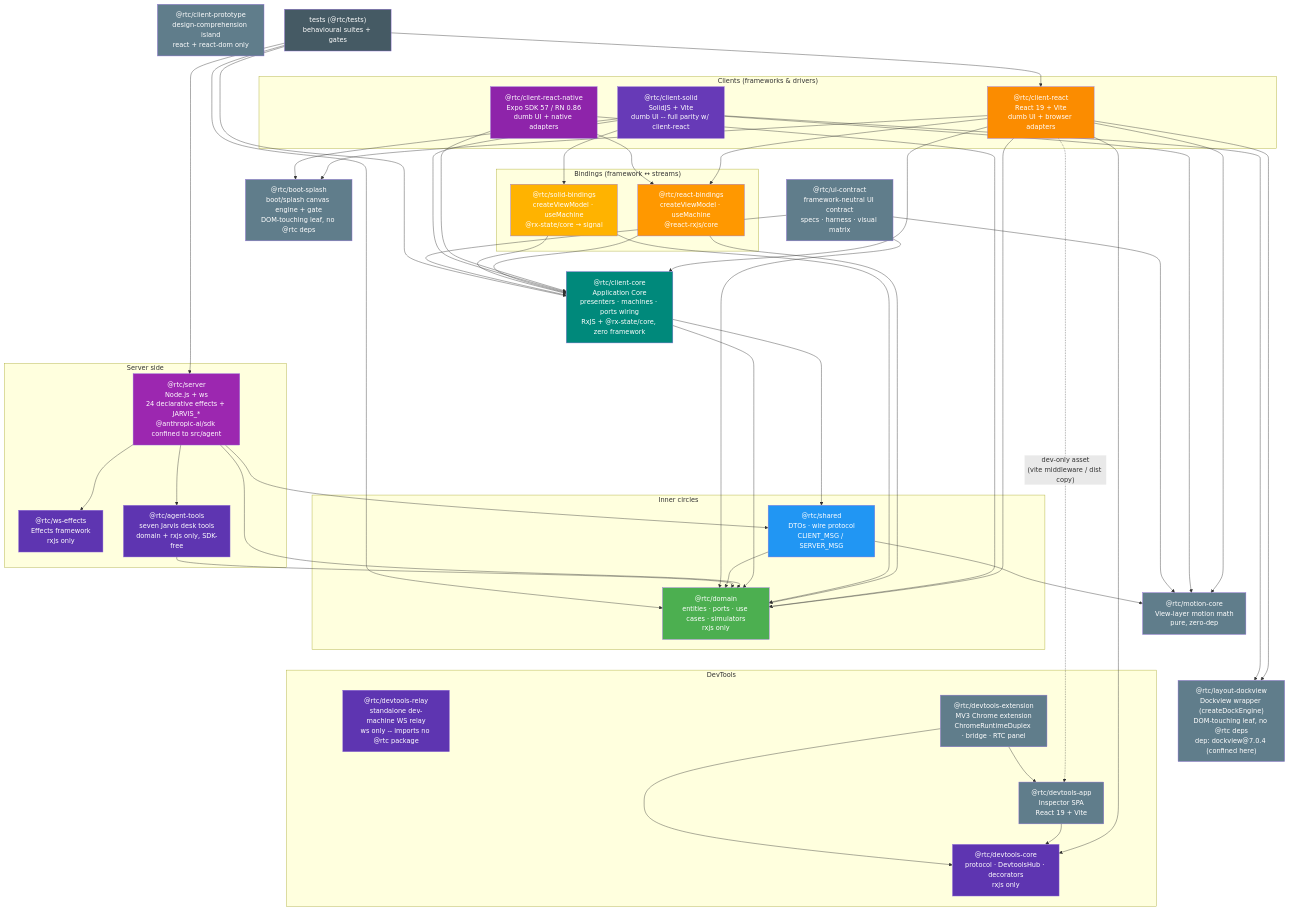
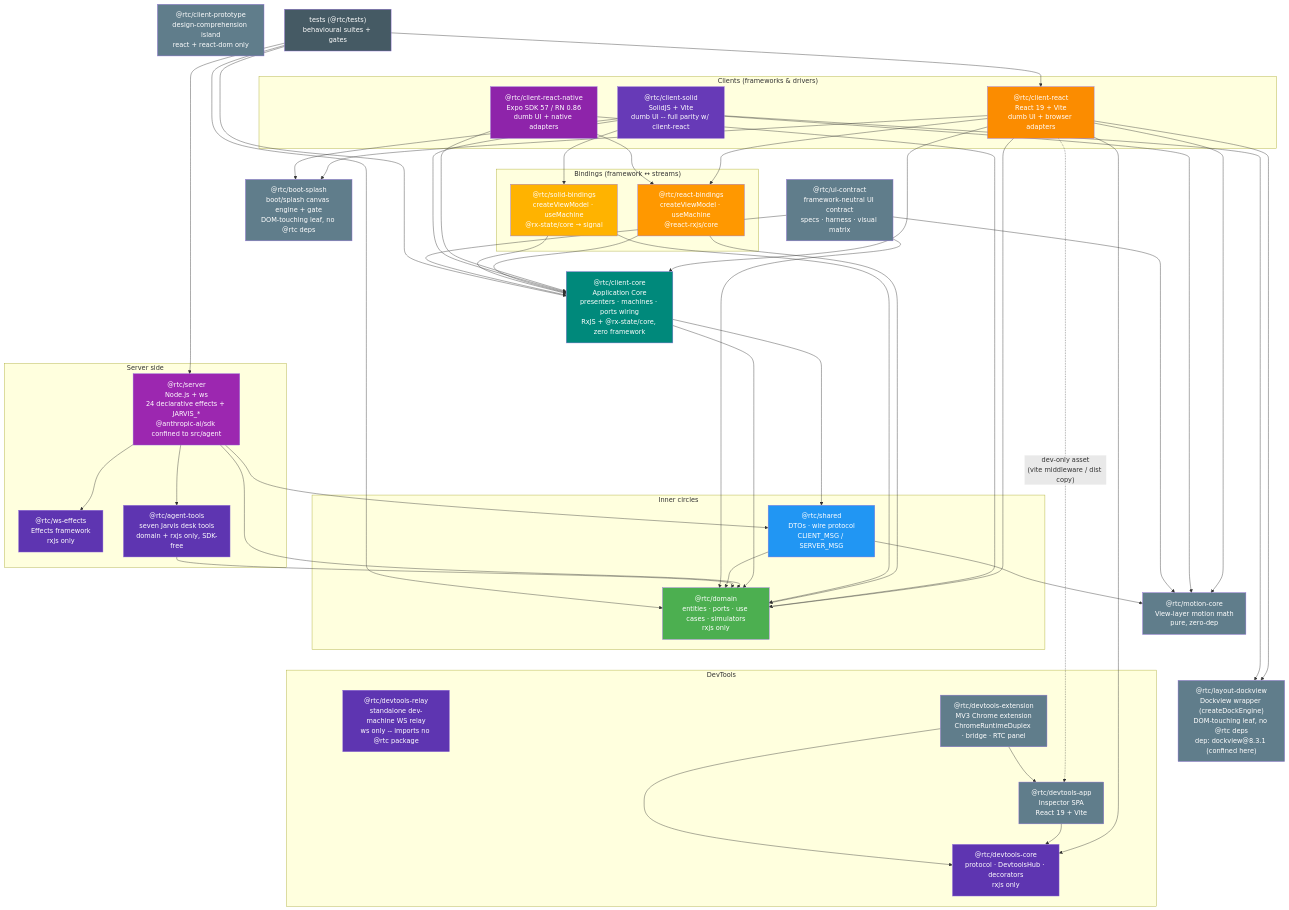
The diagram in docs/architecture/06-package-dependencies.md (bettersoftware-io/ReactiveTraderCloudClone), drawn with Mermaid before and after one commit. The commit also changed other lines of this file and 4 other files, not shown here.

```diff
--- a/docs/architecture/06-package-dependencies.md
+++ b/docs/architecture/06-package-dependencies.md
@@ -40,7 +40,7 @@
     proto["@rtc/client-prototype\ndesign-comprehension island\nreact + react-dom only"]
     motion["@rtc/motion-core\nView-layer motion math\npure, zero-dep"]
     boot["@rtc/boot-splash\nboot/splash canvas engine + gate\nDOM-touching leaf, no @rtc deps"]
-    dockv["@rtc/layout-dockview\nDockview wrapper (createDockEngine)\nDOM-touching leaf, no @rtc deps\ndep: dockview@7.0.4 (confined here)"]
+    dockv["@rtc/layout-dockview\nDockview wrapper (createDockEngine)\nDOM-touching leaf, no @rtc deps\ndep: dockview@8.3.1 (confined here)"]
     uic["@rtc/ui-contract\nframework-neutral UI contract\nspecs · harness · visual matrix"]
     tests["tests (@rtc/tests)\nbehavioural suites + gates"]
 
```
